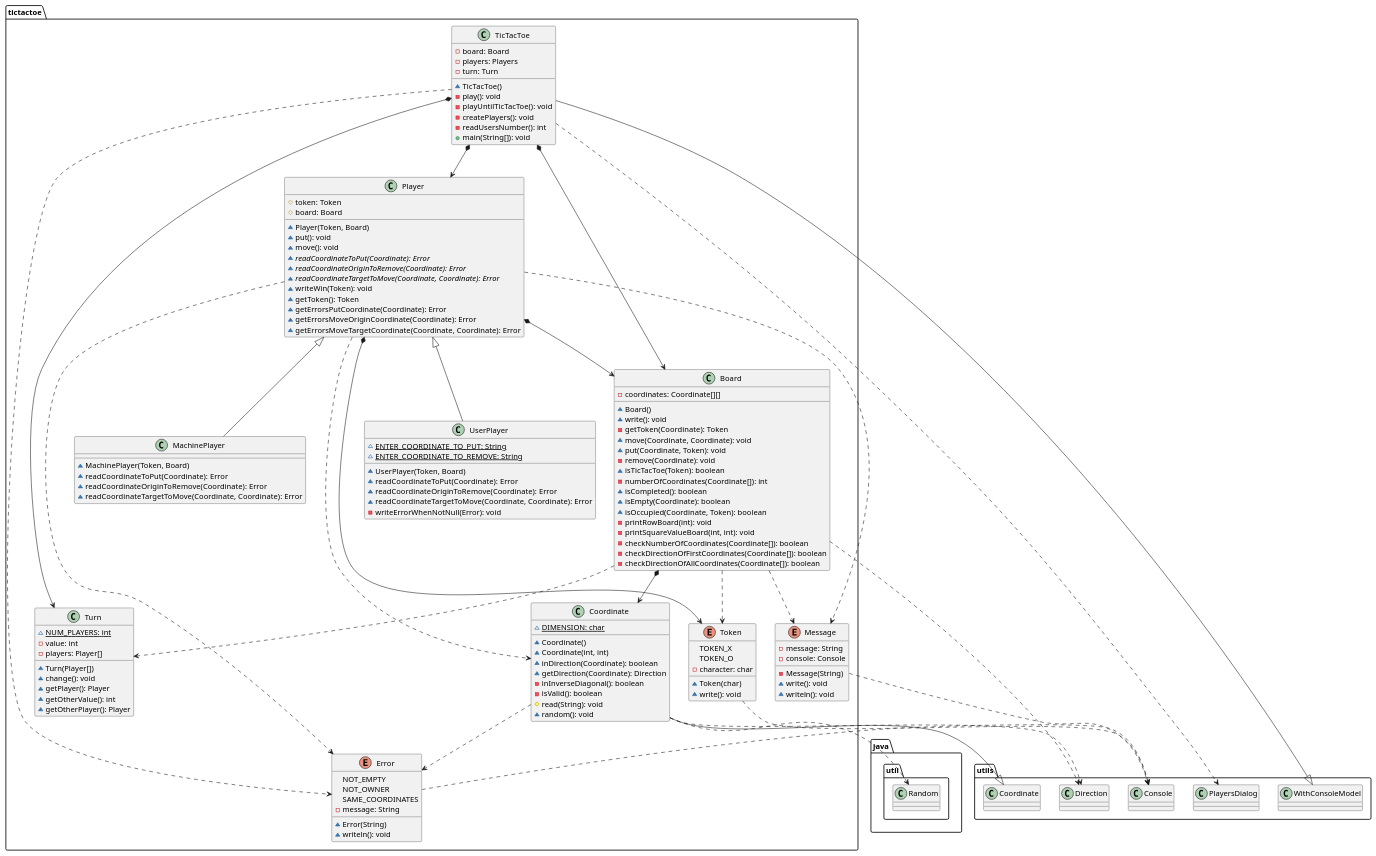
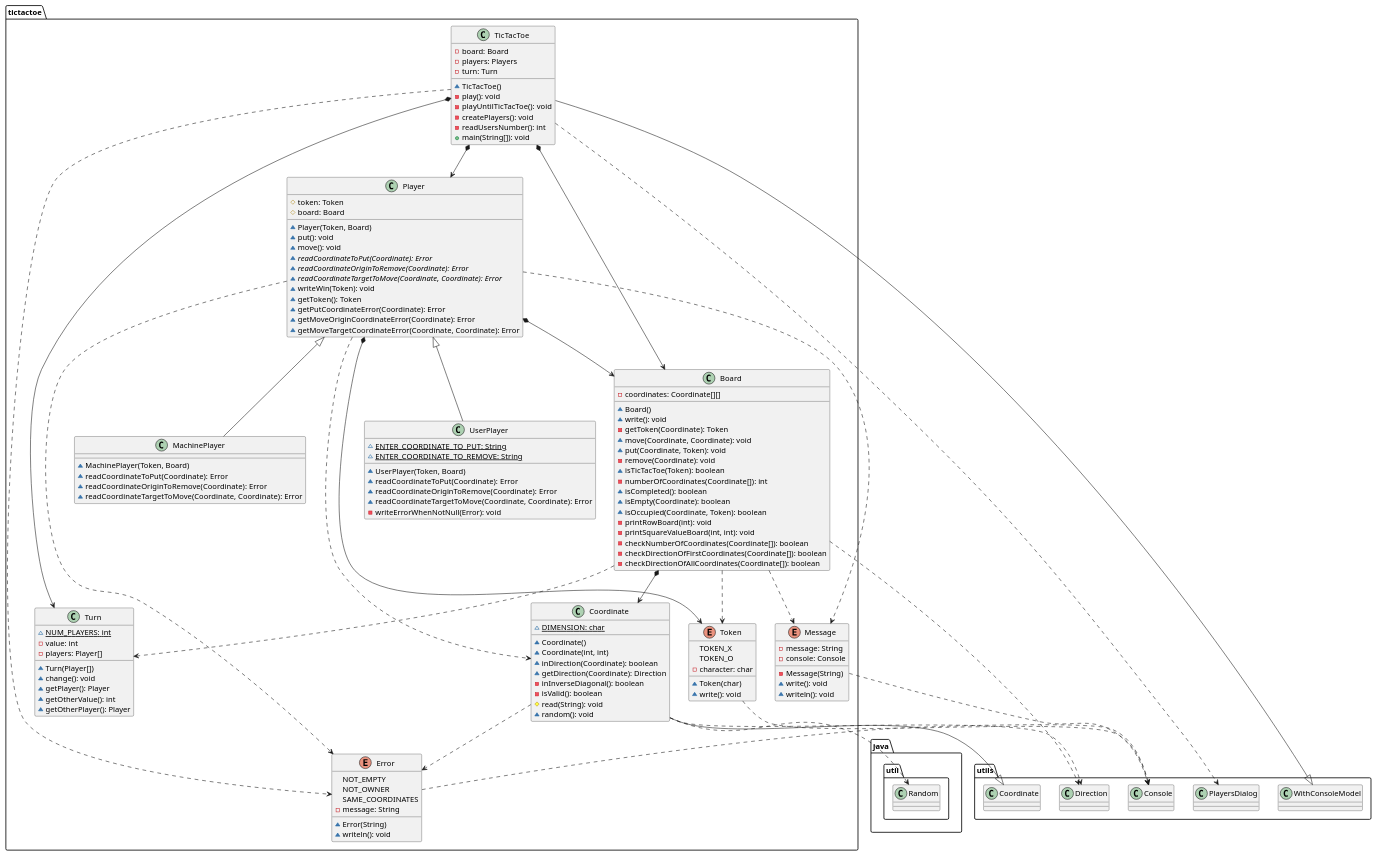
The second of 4 diagrams in docs/src/docs/asciidoc/index.adoc (x-USantaTecla-game-ticTacToe/java), drawn with PlantUML before and after one commit. The commit also changed 7 other files, not shown here.

```diff
--- a/docs/src/docs/asciidoc/index.adoc
+++ b/docs/src/docs/asciidoc/index.adoc
@@ -129,9 +129,9 @@
 ~ {abstract} readCoordinateTargetToMove(Coordinate, Coordinate): Error
 ~ writeWin(Token): void
 ~ getToken(): Token
-~ getErrorsPutCoordinate(Coordinate): Error
-~ getErrorsMoveOriginCoordinate(Coordinate): Error
-~ getErrorsMoveTargetCoordinate(Coordinate, Coordinate): Error
+~ getPutCoordinateError(Coordinate): Error
+~ getMoveOriginCoordinateError(Coordinate): Error
+~ getMoveTargetCoordinateError(Coordinate, Coordinate): Error
 }
 tictactoe.Player *-down-> tictactoe.Token
 tictactoe.Player *-down-> tictactoe.Board
```
